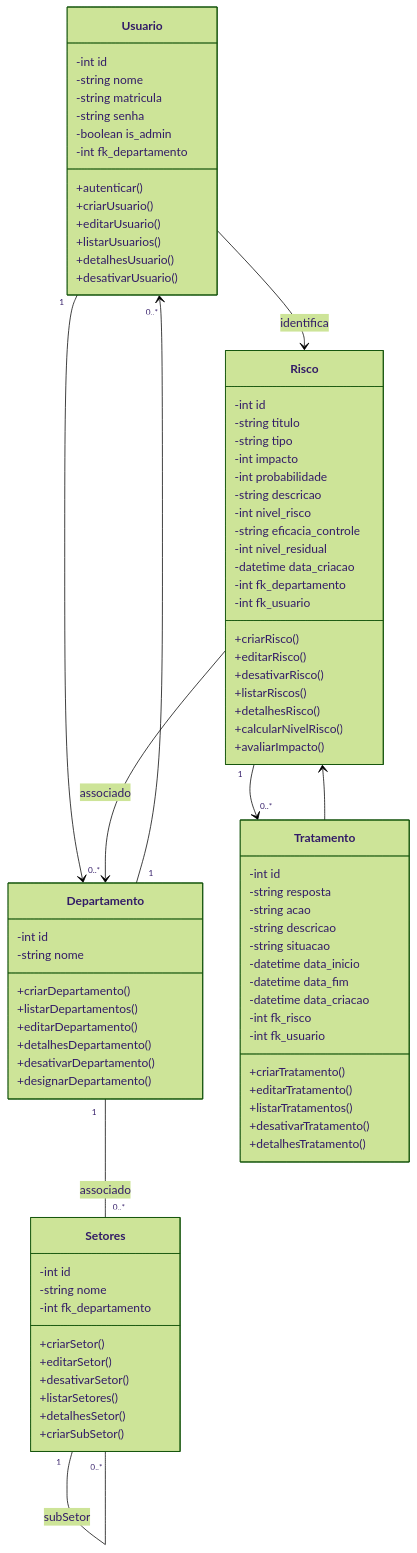
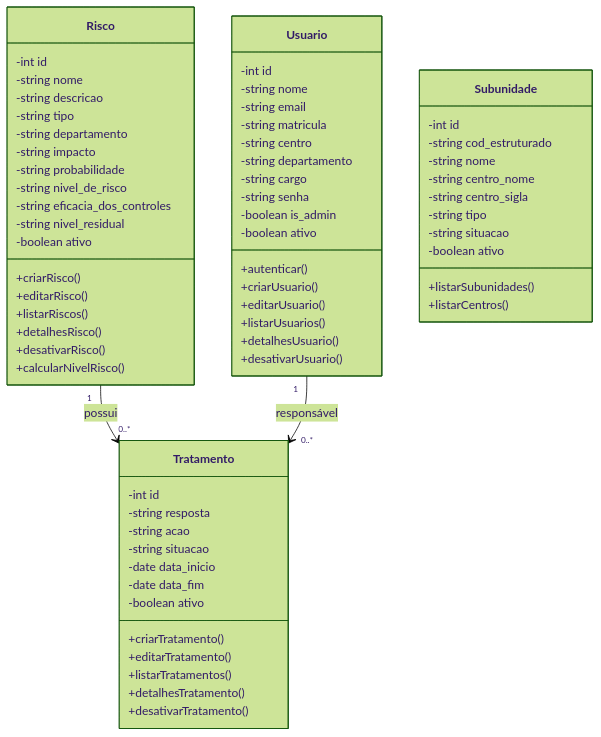
Before and after one commit to CTISM-Prof-Henry/software-formularios-rupturacode: the second of 2 diagrams in README.md, drawn with Mermaid (forest theme). The commit also changed other lines of this file, not shown here.

````diff
--- a/README.md
+++ b/README.md
@@ -123,93 +210,72 @@
 ```mermaid
 classDiagram
-    class Usuario
-    class Departamento
-    class Risco
-    class Tratamento
-    class Setores
+    class Usuario {
+        -int id
+        -string nome
+        -string email
+        -string matricula
+        -string centro
+        -string departamento
+        -string cargo
+        -string senha
+        -boolean is_admin
+        -boolean ativo
+        +autenticar()
+        +criarUsuario()
+        +editarUsuario()
+        +listarUsuarios()
+        +detalhesUsuario()
+        +desativarUsuario()
+    }
 
-    Usuario : -int id
-    Usuario : -string nome
-    Usuario : -string matricula
-    Usuario : -string senha
-    Usuario : -boolean is_admin
-    Usuario : -int fk_departamento
+    class Risco {
+        -int id
+        -string nome
+        -string descricao
+        -string tipo
+        -string departamento
+        -string impacto
+        -string probabilidade
+        -string nivel_de_risco
+        -string eficacia_dos_controles
+        -string nivel_residual
+        -boolean ativo
+        +criarRisco()
+        +editarRisco()
+        +listarRiscos()
+        +detalhesRisco()
+        +desativarRisco()
+        +calcularNivelRisco()
+    }
 
-    Usuario : +autenticar()
-    Usuario : +criarUsuario()
-    Usuario : +editarUsuario()
-    Usuario : +listarUsuarios()
-    Usuario : +detalhesUsuario()
-    Usuario : +desativarUsuario()
+    class Tratamento {
+        -int id
+        -string resposta
+        -string acao
+        -string situacao
+        -date data_inicio
+        -date data_fim
+        -boolean ativo
+        +criarTratamento()
+        +editarTratamento()
+        +listarTratamentos()
+        +detalhesTratamento()
+        +desativarTratamento()
+    }
 
-    Departamento : -int id
-    Departamento : -string nome
+    class Subunidade {
+        -int id
+        -string cod_estruturado
+        -string nome
+        -string centro_nome
+        -string centro_sigla
+        -string tipo
+        -string situacao
+        -boolean ativo
+        +listarSubunidades()
+        +listarCentros()
+    }
 
-    Departamento : +criarDepartamento()
-    Departamento : +listarDepartamentos()
-    Departamento : +editarDepartamento()
-    Departamento : +detalhesDepartamento()
-    Departamento : +desativarDepartamento()
-    Departamento : +designarDepartamento()
-
-    Risco : -int id
-    Risco : -string titulo
-    Risco : -string tipo
-    Risco : -int impacto
-    Risco : -int probabilidade
-    Risco : -string descricao
-    Risco : -int nivel_risco
-    Risco : -string eficacia_controle
-    Risco : -int nivel_residual
-    Risco : -datetime data_criacao
-    Risco : -int fk_departamento
-    Risco : -int fk_usuario
-
-    Risco : +criarRisco()
-    Risco : +editarRisco()
-    Risco : +desativarRisco()
-    Risco : +listarRiscos()
-    Risco : +detalhesRisco()
-    Risco : +calcularNivelRisco()
-    Risco : +avaliarImpacto()
-
-    Tratamento : -int id
-    Tratamento : -string resposta
-    Tratamento : -string acao
-    Tratamento : -string descricao
-    Tratamento : -string situacao
-    Tratamento : -datetime data_inicio
-    Tratamento : -datetime data_fim
-    Tratamento : -datetime data_criacao
-    Tratamento : -int fk_risco
-    Tratamento : -int fk_usuario
-
-    Tratamento : +criarTratamento()
-    Tratamento : +editarTratamento()
-    Tratamento : +listarTratamentos()
-    Tratamento : +desativarTratamento()
-    Tratamento : +detalhesTratamento()
-
-    Setores : -int id
-    Setores : -string nome
-    Setores : -int fk_departamento
-
-    Setores : +criarSetor()
-    Setores : +editarSetor()
-    Setores : +desativarSetor()
-    Setores : +listarSetores()
-    Setores : +detalhesSetor()
-    Setores : +criarSubSetor()
-
-    Usuario "1" --> "0..*" Departamento
-    Departamento "1" --> "0..*" Usuario
-
-    Risco --> Departamento : associado
-    Risco "1" --> "0..*" Tratamento
-    Tratamento --> Risco
-
-    Usuario --> Risco : identifica
-
-    Departamento "1" -- "0..*" Setores : associado
-    Setores "1" -- "0..*" Setores : subSetor
+    Risco "1" --> "0..*" Tratamento : possui
+    Usuario "1" --> "0..*" Tratamento : responsável
 ```
````
